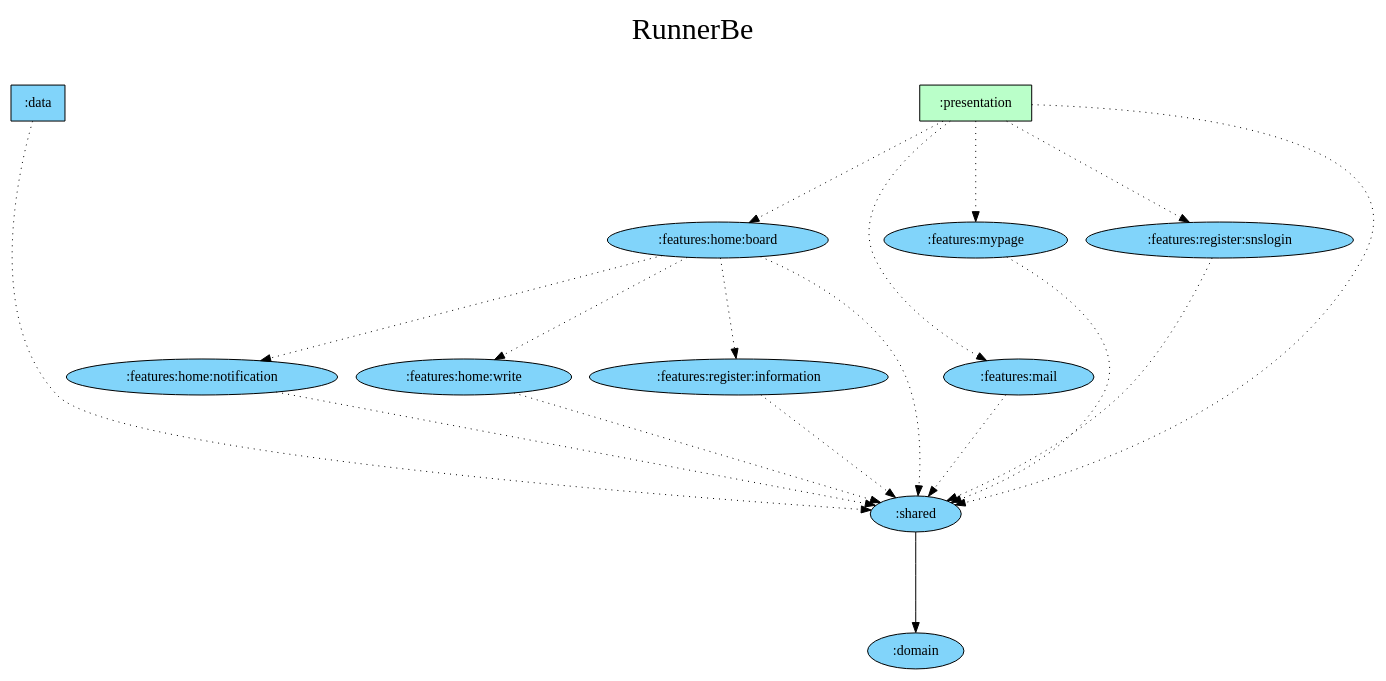
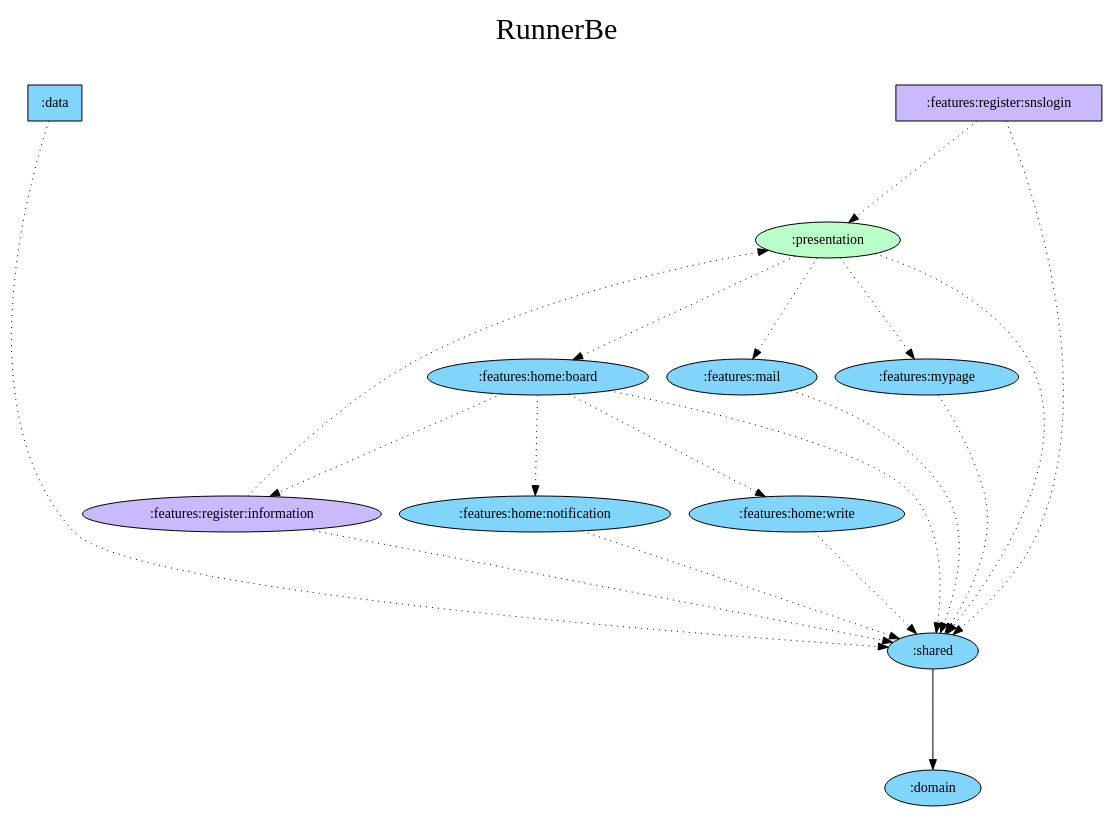
The diagram in art/project-graph.dot (jisungbin/RunnerBe-Android), drawn with Graphviz before and after one commit. The commit also changed 3 other files, not shown here.

```diff
--- a/art/project-graph.dot
+++ b/art/project-graph.dot
@@ -1,41 +1,42 @@
 digraph {
   graph [label="RunnerBe\n ",labelloc=t,fontsize=30,ranksep=1.4];
   node [style=filled, fillcolor="#bbbbbb"];
   rankdir=TB;
 
   # Projects
 
   ":data" [shape=box, fillcolor="#81D4FA"];
   ":domain" [fillcolor="#81D4FA"];
   ":features:home:board" [fillcolor="#81D4FA"];
   ":features:home:notification" [fillcolor="#81D4FA"];
   ":features:home:write" [fillcolor="#81D4FA"];
   ":features:mail" [fillcolor="#81D4FA"];
   ":features:mypage" [fillcolor="#81D4FA"];
-  ":features:register:information" [fillcolor="#81D4FA"];
-  ":features:register:snslogin" [fillcolor="#81D4FA"];
-  ":presentation" [shape=box, fillcolor="#baffc9"];
+  ":features:register:information" [fillcolor="#c9baff"];
+  ":features:register:snslogin" [shape=box, fillcolor="#c9baff"];
+  ":presentation" [fillcolor="#baffc9"];
   ":shared" [fillcolor="#81D4FA"];
 
-  {rank = same; ":data"; ":presentation";}
+  {rank = same; ":data"; ":features:register:snslogin";}
 
   # Dependencies
 
   ":data" -> ":shared" [style=dotted]
   ":presentation" -> ":features:mail" [style=dotted]
   ":presentation" -> ":features:mypage" [style=dotted]
   ":presentation" -> ":features:home:board" [style=dotted]
-  ":presentation" -> ":features:register:snslogin" [style=dotted]
   ":presentation" -> ":shared" [style=dotted]
   ":shared" -> ":domain"
   ":features:mail" -> ":shared" [style=dotted]
   ":features:mypage" -> ":shared" [style=dotted]
   ":features:home:board" -> ":shared" [style=dotted]
   ":features:home:board" -> ":features:home:write" [style=dotted]
   ":features:home:board" -> ":features:home:notification" [style=dotted]
   ":features:home:board" -> ":features:register:information" [style=dotted]
   ":features:home:notification" -> ":shared" [style=dotted]
   ":features:home:write" -> ":shared" [style=dotted]
+  ":features:register:information" -> ":presentation" [style=dotted]
   ":features:register:information" -> ":shared" [style=dotted]
+  ":features:register:snslogin" -> ":presentation" [style=dotted]
   ":features:register:snslogin" -> ":shared" [style=dotted]
 }
```
